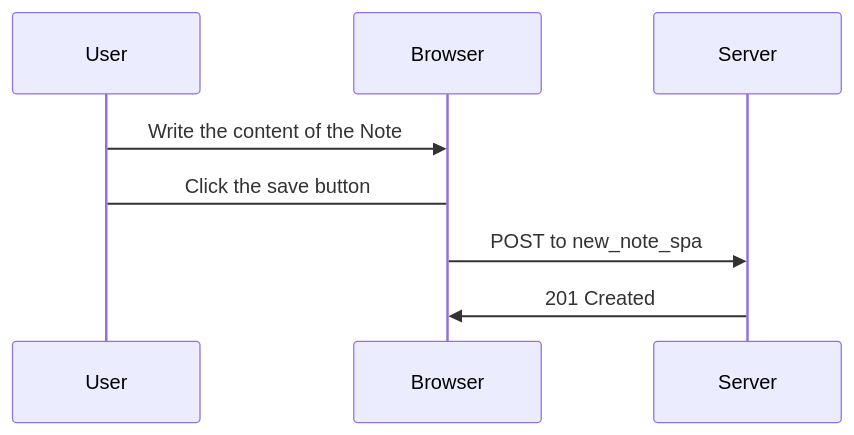
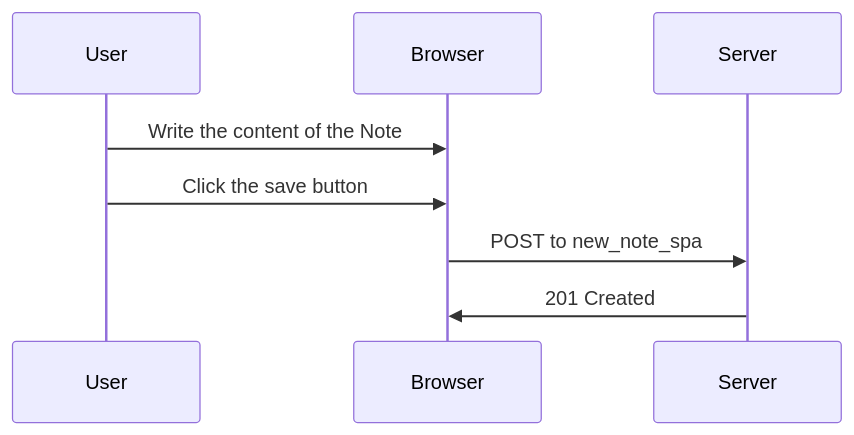
Before and after one commit to OmAn94/Markdown: the second of 2 diagrams in README.md, drawn with Mermaid.

````diff
--- a/README.md
+++ b/README.md
@@ -24,12 +24,12 @@
 ```mermaid
 sequenceDiagram
     participant User
     participant Browser
     participant Server
 
     User->>Browser: Write the content of the Note
-    User ->Browser: Click the save button
+    User ->>Browser: Click the save button
     Browser->>Server: POST to new_note_spa
     Server->>Browser: 201 Created
 
 ```
````
